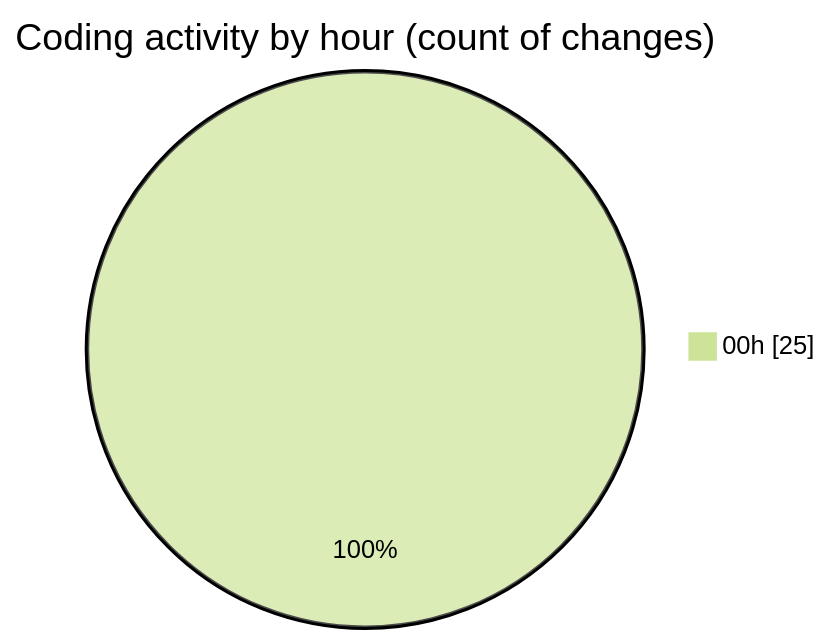
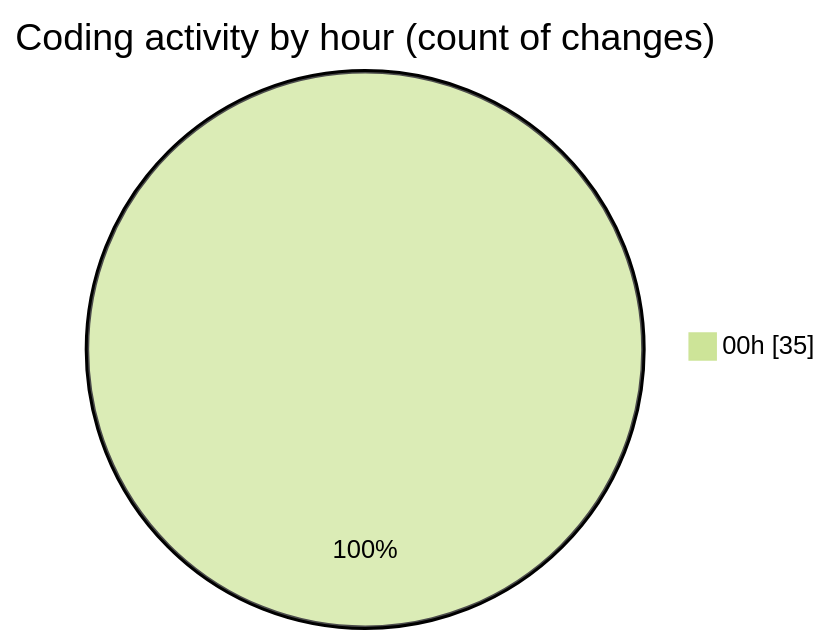
One commit to momahboobian/code-tracking changed the second of 2 diagrams in 2025-06-18/cda/README.md. Above: the diagram before and after it, drawn with Mermaid (forest theme). The commit also changed other lines of this file and 1 other file, not shown here.

````diff
--- a/2025-06-18/cda/README.md
+++ b/2025-06-18/cda/README.md
@@ -34,5 +34,5 @@
 ```mermaid
 pie showData
 title Coding activity by hour (count of changes)
-"00h" : 25
+"00h" : 35
 ```
````
